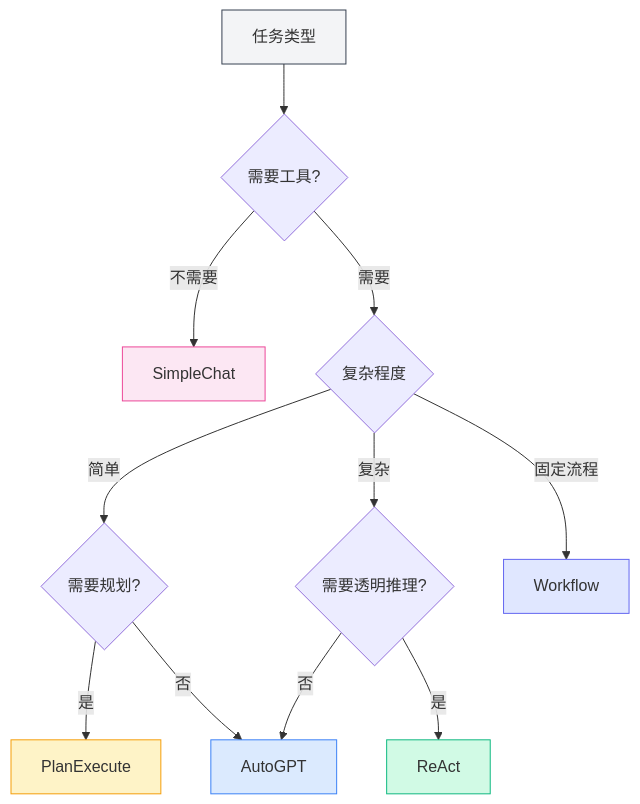
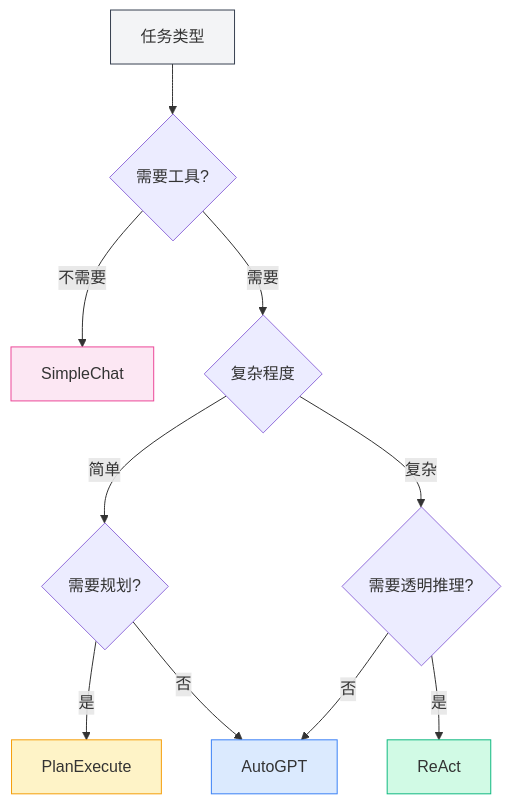
The second of 3 diagrams in meta-doc/src/renderer/src/manuals/zh_CN/agent/engine.md (JaredYe04/MetaDoc), drawn with Mermaid before and after one commit. The commit also changed other lines of this file and 43 other files, not shown here.

````diff
--- a/meta-doc/src/renderer/src/manuals/zh_CN/agent/engine.md
+++ b/meta-doc/src/renderer/src/manuals/zh_CN/agent/engine.md
@@ -159,19 +142,17 @@
 ```mermaid
 flowchart TD
     A[任务类型] --> B{需要工具?}
     B -->|不需要| C[SimpleChat]
     B -->|需要| D{复杂程度}
     D -->|简单| E{需要规划?}
     D -->|复杂| F{需要透明推理?}
     E -->|是| G[PlanExecute]
     E -->|否| H[AutoGPT]
     F -->|是| I[ReAct]
     F -->|否| H
-    D -->|固定流程| J[Workflow]
     style A fill:#f3f4f6,stroke:#374151
     style C fill:#fce7f3,stroke:#ec4899
     style G fill:#fef3c7,stroke:#f59e0b
     style H fill:#dbeafe,stroke:#3b82f6
     style I fill:#d1fae5,stroke:#10b981
-    style J fill:#e0e7ff,stroke:#6366f1
 ```
````
